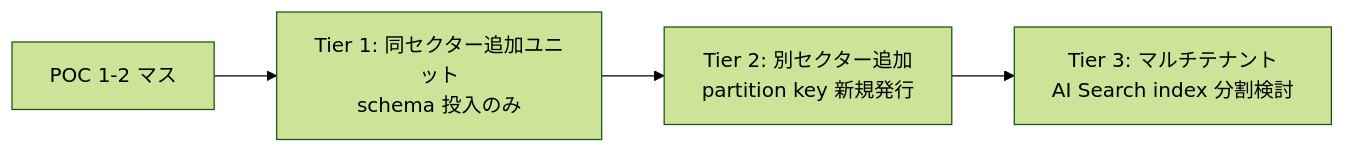
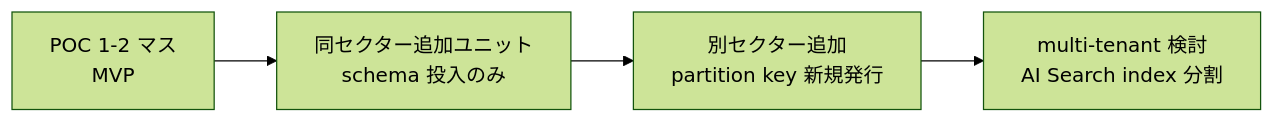
The fifth of 5 diagrams in .kiro/specs/dialogue-delta-formalization/design.md (aiclub-labs/zenn-hack2026), drawn with Mermaid (forest theme) before and after one commit. The commit also changed other lines of this file and 158 other files, not shown here.

````diff
--- a/.kiro/specs/dialogue-delta-formalization/design.md
+++ b/.kiro/specs/dialogue-delta-formalization/design.md
@@ -378,6 +606,6 @@
 ```mermaid
 flowchart LR
-    P1[POC 1-2 マス] --> P2[Tier 1: 同セクター追加ユニット<br/>schema 投入のみ]
-    P2 --> P3[Tier 2: 別セクター追加<br/>partition key 新規発行]
-    P3 --> P4[Tier 3: マルチテナント<br/>AI Search index 分割検討]
+    P1[POC 1-2 マス<br/>MVP] --> P2[同セクター追加ユニット<br/>schema 投入のみ]
+    P2 --> P3[別セクター追加<br/>partition key 新規発行]
+    P3 --> P4[multi-tenant 検討<br/>AI Search index 分割]
 ```
````
